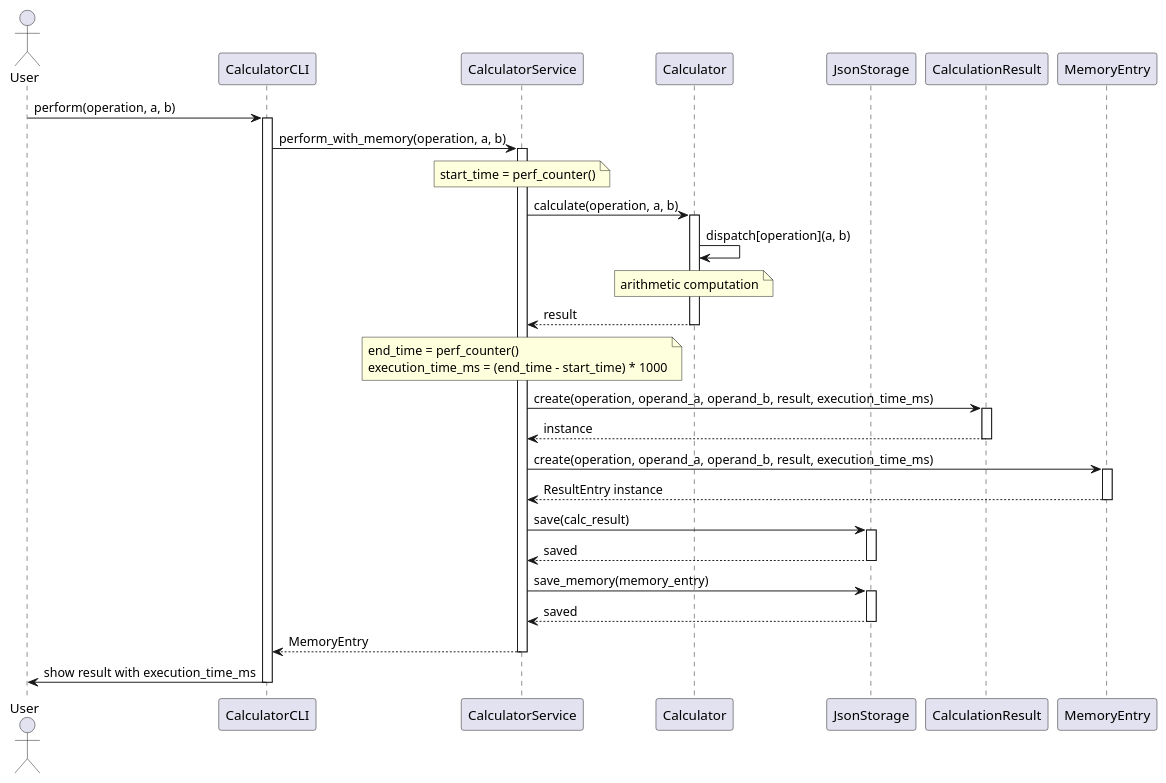
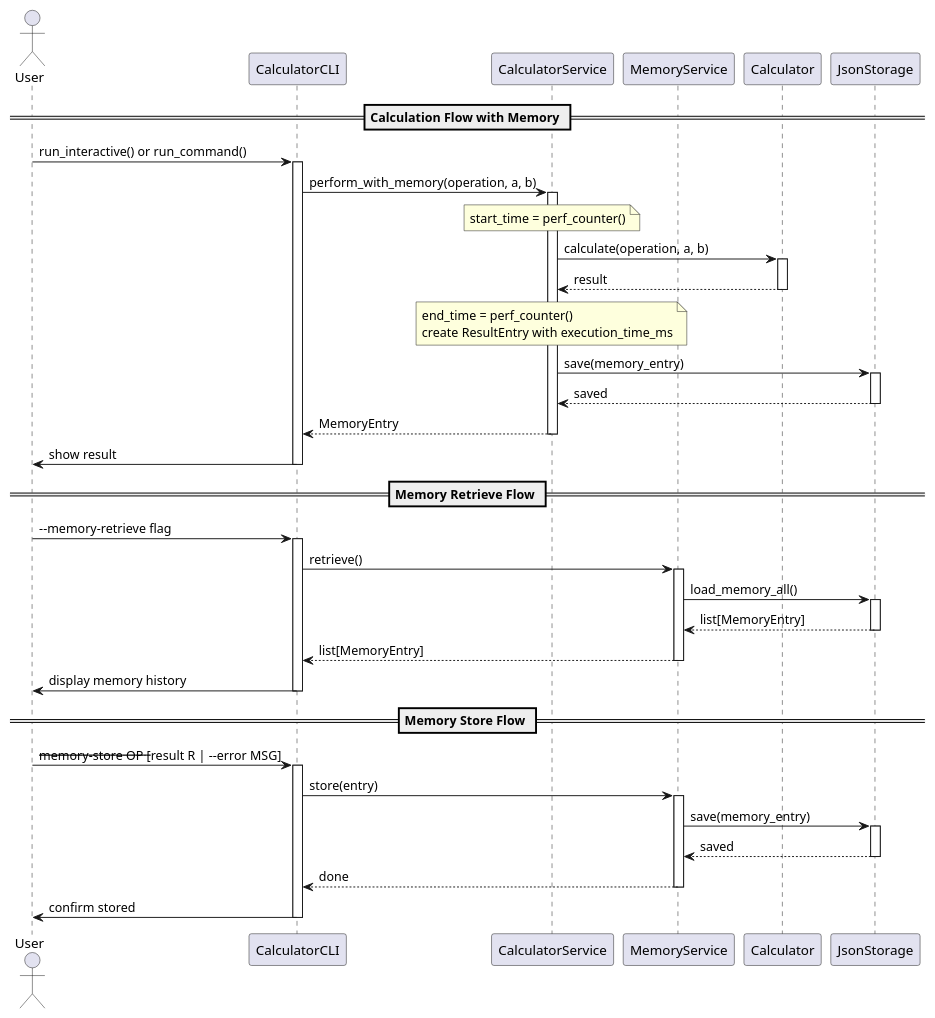
Before and after one commit to DanielRiha8906/Software_autoevolution_using_agents: the diagram in experiments/broadcast/user_stories/calculator/artifacts/sequence_diagram.puml, drawn with PlantUML. The commit also changed 11 other files, not shown here.

First line of the commit message:
Task 04: Create MemoryService for managing calculation history

```diff
--- a/experiments/broadcast/user_stories/calculator/artifacts/sequence_diagram.puml
+++ b/experiments/broadcast/user_stories/calculator/artifacts/sequence_diagram.puml
@@ -1,56 +1,73 @@
 @startuml sequence_diagram
 
 actor User
 participant CalculatorCLI
 participant CalculatorService
+participant MemoryService
 participant Calculator
 participant JsonStorage
-participant CalculationResult
-participant MemoryEntry
 
-User -> CalculatorCLI: perform(operation, a, b)
+== Calculation Flow with Memory ==
+User -> CalculatorCLI: run_interactive() or run_command()
 activate CalculatorCLI
 
 CalculatorCLI -> CalculatorService: perform_with_memory(operation, a, b)
 activate CalculatorService
 
 note over CalculatorService: start_time = perf_counter()
 
 CalculatorService -> Calculator: calculate(operation, a, b)
 activate Calculator
-
-Calculator -> Calculator: dispatch[operation](a, b)
-note over Calculator: arithmetic computation
-
 Calculator --> CalculatorService: result
 deactivate Calculator
 
-note over CalculatorService: end_time = perf_counter()\nexecution_time_ms = (end_time - start_time) * 1000
+note over CalculatorService: end_time = perf_counter()\ncreate ResultEntry with execution_time_ms
 
-CalculatorService -> CalculationResult: create(operation, operand_a, operand_b, result, execution_time_ms)
-activate CalculationResult
-CalculationResult --> CalculatorService: instance
-deactivate CalculationResult
-
-CalculatorService -> MemoryEntry: create(operation, operand_a, operand_b, result, execution_time_ms)
-activate MemoryEntry
-MemoryEntry --> CalculatorService: ResultEntry instance
-deactivate MemoryEntry
-
-CalculatorService -> JsonStorage: save(calc_result)
-activate JsonStorage
-JsonStorage --> CalculatorService: saved
-deactivate JsonStorage
-
-CalculatorService -> JsonStorage: save_memory(memory_entry)
+CalculatorService -> JsonStorage: save(memory_entry)
 activate JsonStorage
 JsonStorage --> CalculatorService: saved
 deactivate JsonStorage
 
 CalculatorService --> CalculatorCLI: MemoryEntry
 deactivate CalculatorService
 
-CalculatorCLI -> User: show result with execution_time_ms
+CalculatorCLI -> User: show result
+deactivate CalculatorCLI
+
+== Memory Retrieve Flow ==
+User -> CalculatorCLI: --memory-retrieve flag
+activate CalculatorCLI
+
+CalculatorCLI -> MemoryService: retrieve()
+activate MemoryService
+
+MemoryService -> JsonStorage: load_memory_all()
+activate JsonStorage
+JsonStorage --> MemoryService: list[MemoryEntry]
+deactivate JsonStorage
+
+MemoryService --> CalculatorCLI: list[MemoryEntry]
+deactivate MemoryService
+
+CalculatorCLI -> User: display memory history
+deactivate CalculatorCLI
+
+== Memory Store Flow ==
+User -> CalculatorCLI: --memory-store OP [--result R | --error MSG]
+activate CalculatorCLI
+
+CalculatorCLI -> MemoryService: store(entry)
+activate MemoryService
+
+MemoryService -> JsonStorage: save(memory_entry)
+activate JsonStorage
+JsonStorage --> MemoryService: saved
+deactivate JsonStorage
+
+MemoryService --> CalculatorCLI: done
+deactivate MemoryService
+
+CalculatorCLI -> User: confirm stored
 deactivate CalculatorCLI
 
 @enduml
```
